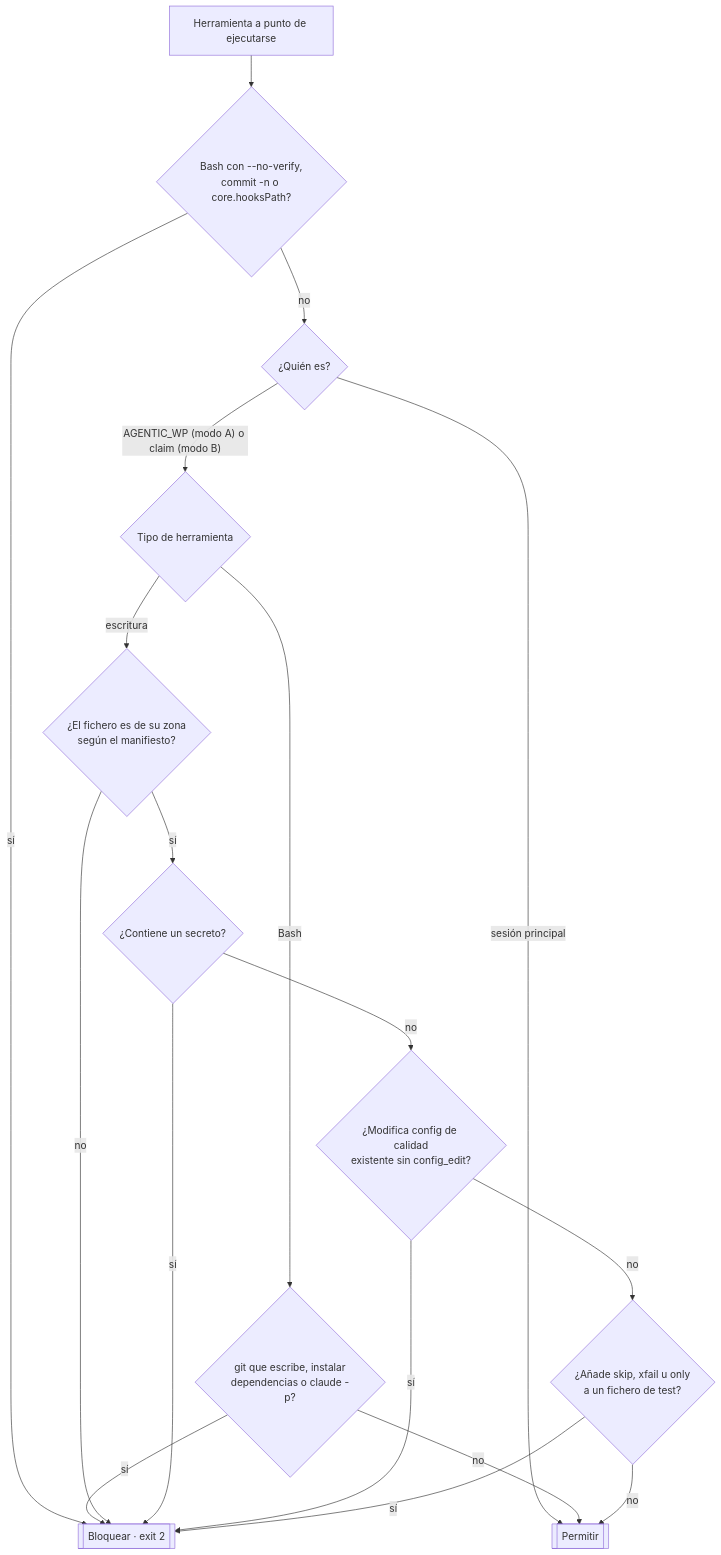
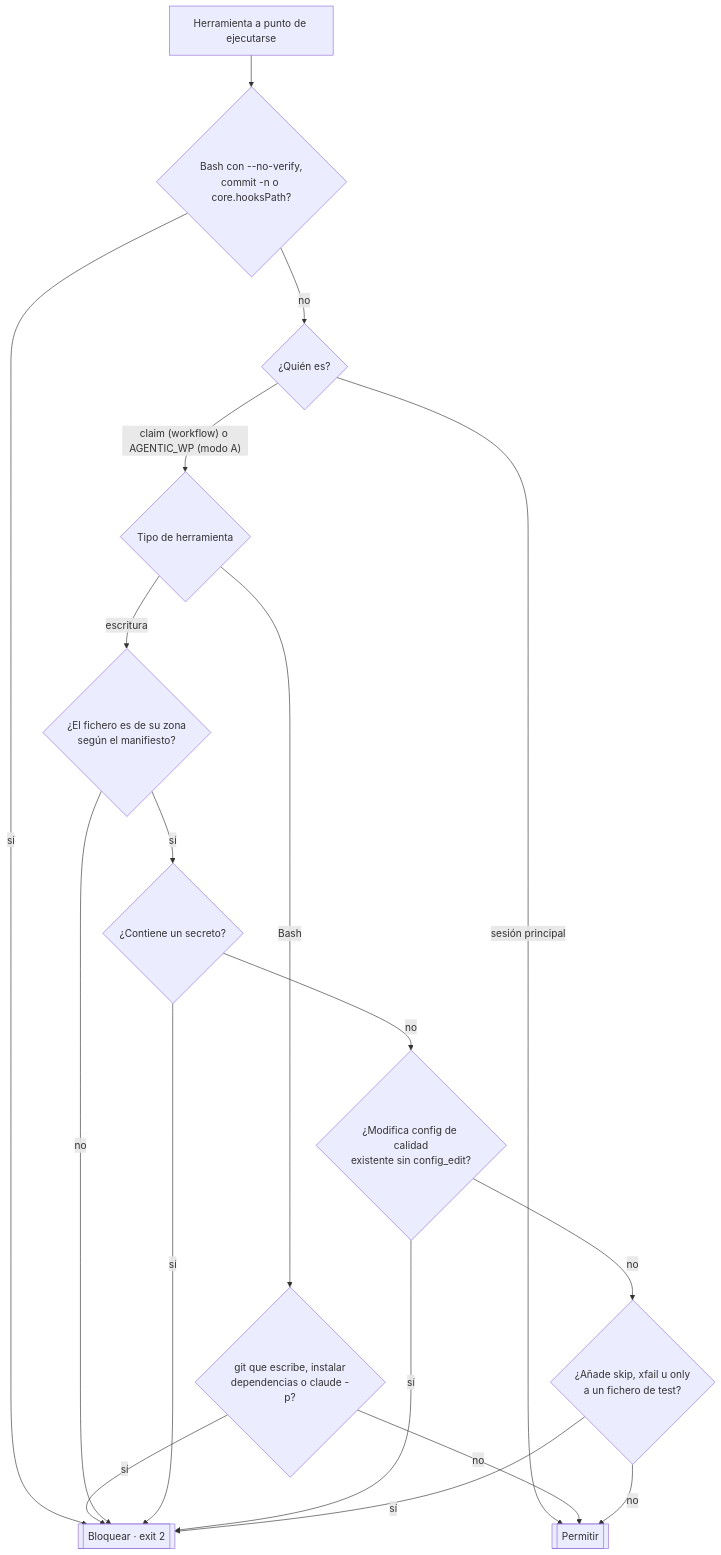
One commit to jagosar/agentic-flow changed the fourth of 5 diagrams in docs/how-it-works.md. Above: the diagram before and after it, drawn with Mermaid. The commit also changed other lines of this file and 19 other files, not shown here.

````diff
--- a/docs/how-it-works.md
+++ b/docs/how-it-works.md
@@ -142,20 +147,20 @@
 ```mermaid
 flowchart TD
     E["Herramienta a punto de ejecutarse"] --> NV{"Bash con --no-verify,<br/>commit -n o core.hooksPath?"}
     NV -->|sí| BLK[["Bloquear · exit 2"]]
     NV -->|no| ID{"¿Quién es?"}
     ID -->|sesión principal| OK[["Permitir"]]
-    ID -->|"AGENTIC_WP (modo A) o claim (modo B)"| T{"Tipo de herramienta"}
+    ID -->|"claim (workflow) o AGENTIC_WP (modo A)"| T{"Tipo de herramienta"}
     T -->|Bash| GB{"git que escribe, instalar<br/>dependencias o claude -p?"}
     GB -->|sí| BLK
     GB -->|no| OK
     T -->|escritura| OWN{"¿El fichero es de su zona<br/>según el manifiesto?"}
     OWN -->|no| BLK
     OWN -->|sí| SEC{"¿Contiene un secreto?"}
     SEC -->|sí| BLK
     SEC -->|no| CFG{"¿Modifica config de calidad<br/>existente sin config_edit?"}
     CFG -->|sí| BLK
     CFG -->|no| SKIP{"¿Añade skip, xfail u only<br/>a un fichero de test?"}
     SKIP -->|sí| BLK
     SKIP -->|no| OK
 ```
````
